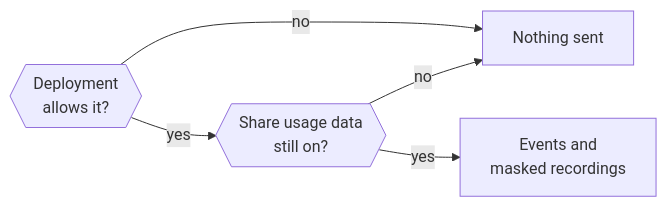
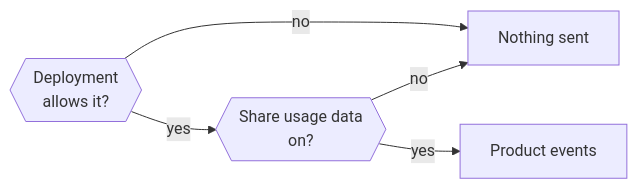
The diagram in docs/src/content/docs/deploy/analytics.md (KrishBhimani/nod), drawn with Mermaid before and after one commit. The commit also changed other lines of this file and 99 other files, not shown here.

````diff
--- a/docs/src/content/docs/deploy/analytics.md
+++ b/docs/src/content/docs/deploy/analytics.md
@@ -20,7 +20,7 @@
 ```mermaid
 flowchart LR
-  deploy{{Deployment<br/>allows it?}} -- yes --> owner{{Share usage data<br/>still on?}}
+  deploy{{Deployment<br/>allows it?}} -- yes --> owner{{Share usage data<br/>on?}}
   deploy -- no --> off[Nothing sent]:::stop
   owner -- no --> off
-  owner -- yes --> on[Events and<br/>masked recordings]:::go
+  owner -- yes --> on[Product events]:::go
 ```
````
